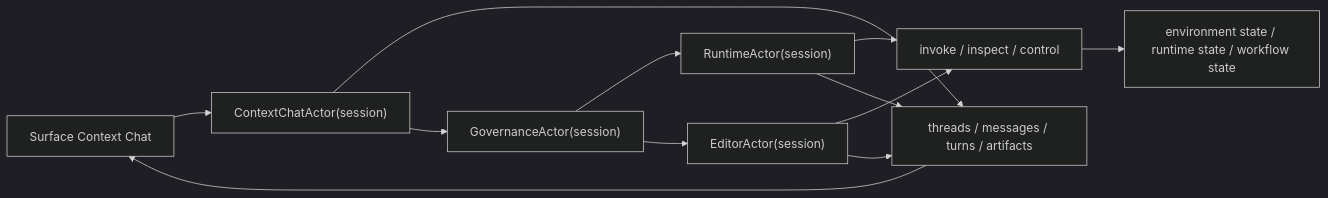
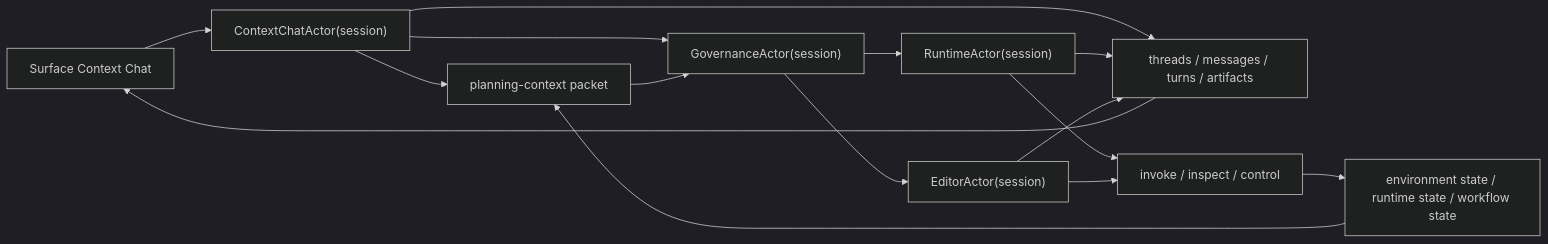
One commit to pauljbernard/sbcl-agent changed the diagram in docs/conversation-architecture.md. Above: the diagram before and after it, drawn with Mermaid (dark theme). The commit also changed other lines of this file and 75 other files, not shown here.

````diff
--- a/docs/conversation-architecture.md
+++ b/docs/conversation-architecture.md
@@ -28,23 +28,27 @@
 ```mermaid
 flowchart LR
     UI["Surface Context Chat"]
     Chat["ContextChatActor(session)"]
     Threads["threads / messages / turns / artifacts"]
+    Planner["planning-context packet"]
     Gov["GovernanceActor(session)"]
     Runtime["RuntimeActor(session)"]
     Editor["EditorActor(session)"]
     Kernel["invoke / inspect / control"]
     State["environment state / runtime state / workflow state"]
 
     UI --> Chat
     Chat --> Threads
+    Chat --> Planner
     Chat --> Gov
     Gov --> Runtime
     Gov --> Editor
     Runtime --> Kernel
     Editor --> Kernel
     Kernel --> State
+    State --> Planner
+    Planner --> Gov
     Runtime --> Threads
     Editor --> Threads
     Threads --> UI
 ```
````
